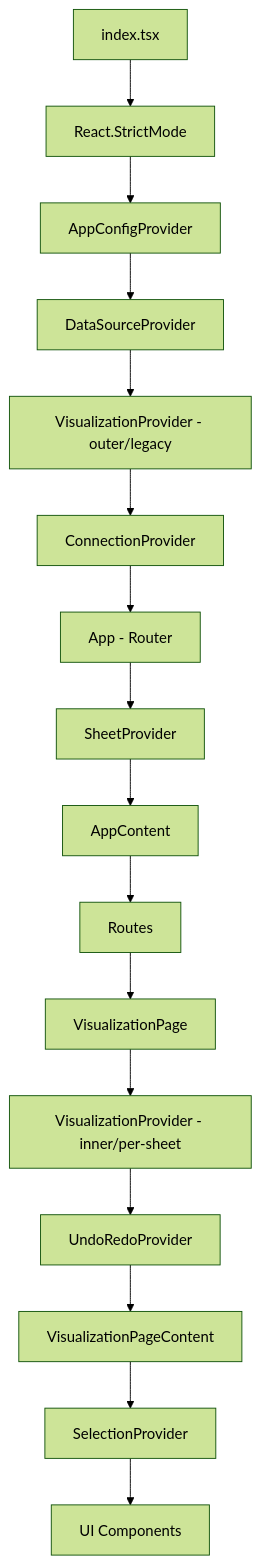
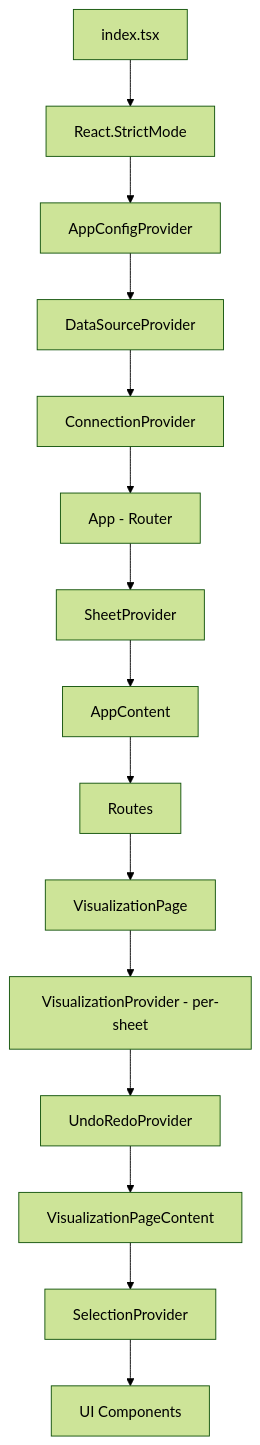
The first of 6 diagrams in frontend/ui-management.md (henrywiechert/datafeta), drawn with Mermaid (forest theme) before and after one commit. The commit also changed other lines of this file and 5 other files, not shown here.

First line of the commit message:
refactor: decouple ConnectionContext from outer VisualizationProvider (phase 3.2)

````diff
--- a/frontend/ui-management.md
+++ b/frontend/ui-management.md
@@ -23,18 +23,17 @@
 ```mermaid
 graph TD
     A[index.tsx] --> B[React.StrictMode]
     B --> AC[AppConfigProvider]
     AC --> DS[DataSourceProvider]
-    DS --> C[VisualizationProvider - outer/legacy]
-    C --> D[ConnectionProvider]
+    DS --> D[ConnectionProvider]
     D --> E[App - Router]
     E --> G[SheetProvider]
     G --> H[AppContent]
     H --> I[Routes]
     I --> J[VisualizationPage]
-    J --> K[VisualizationProvider - inner/per-sheet]
+    J --> K[VisualizationProvider - per-sheet]
     K --> L[UndoRedoProvider]
     L --> M[VisualizationPageContent]
     M --> N[SelectionProvider]
     N --> O[UI Components]
 ```
````
